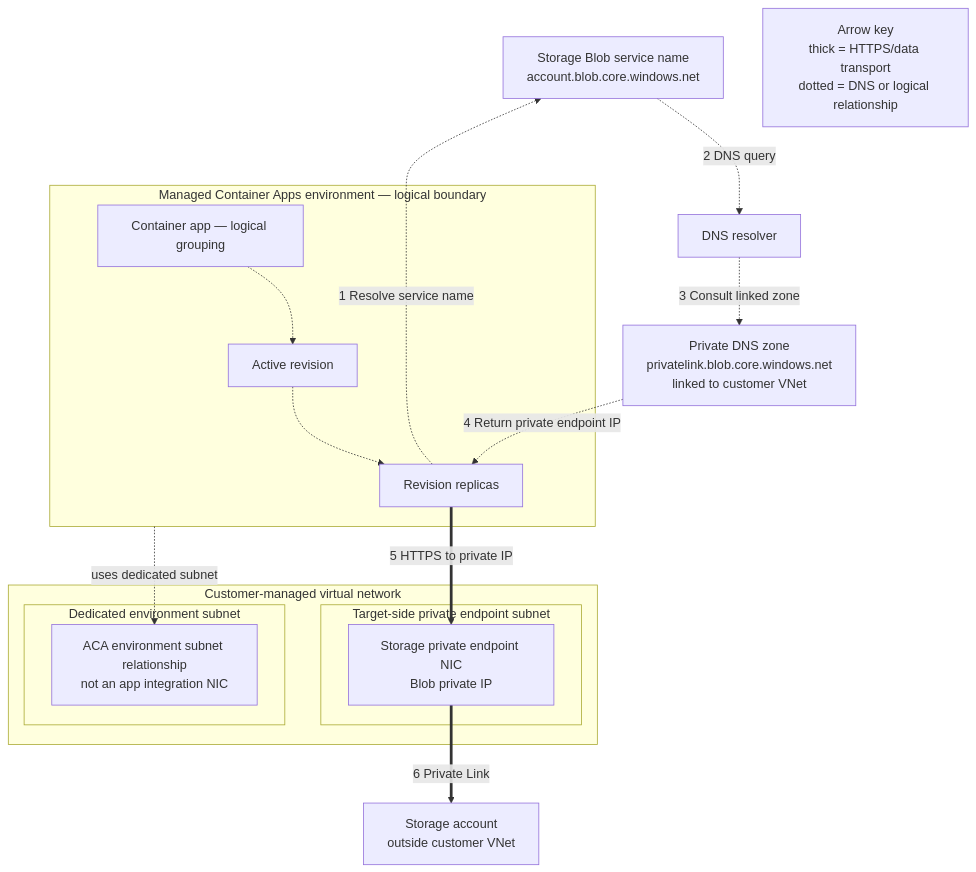
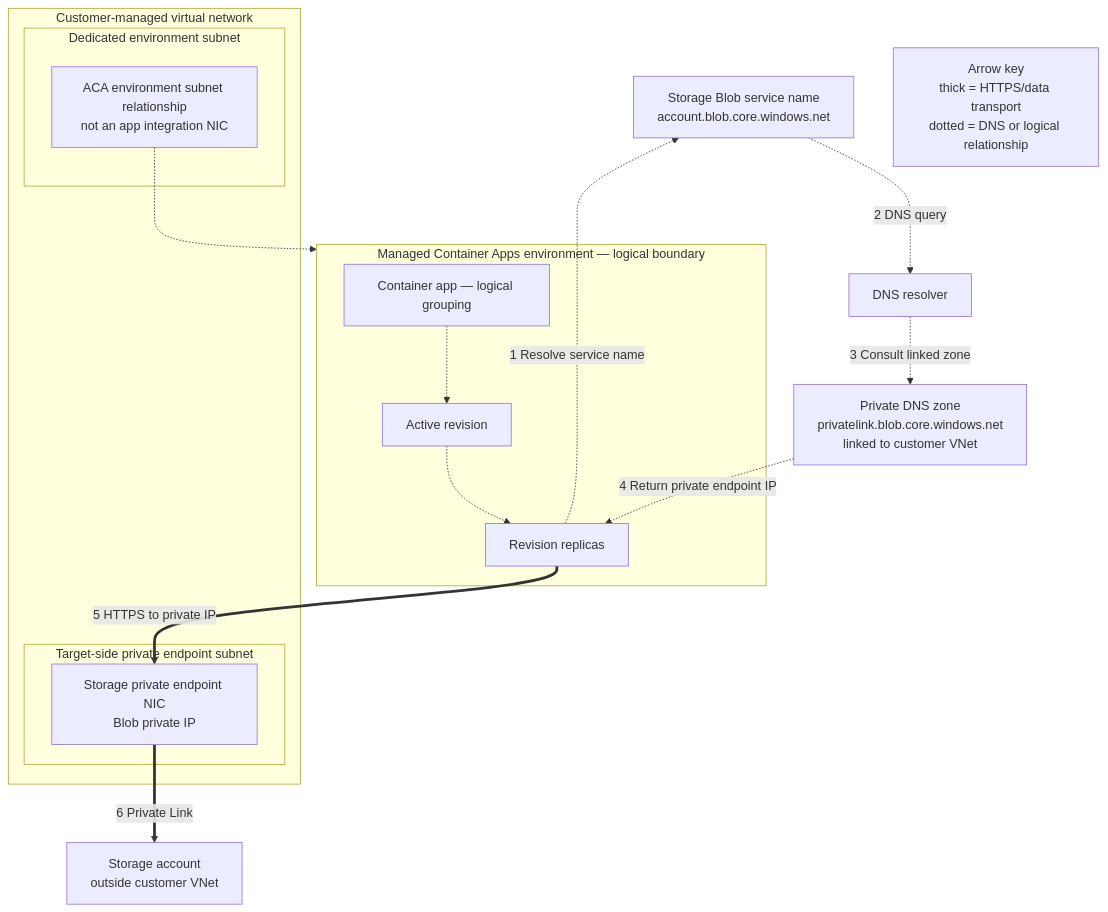
One commit to yeongseon/azure-container-apps-practical-guide changed the second of 3 diagrams in docs/platform/networking/private-endpoints.md. Above: the diagram before and after it, drawn with Mermaid. The commit also changed other lines of this file and 3 other files, not shown here.

Commit message:
docs(networking): address private endpoint diagram review

````diff
--- a/docs/platform/networking/private-endpoints.md
+++ b/docs/platform/networking/private-endpoints.md
@@ -174,38 +167,38 @@
 ```mermaid
 flowchart TD
     accTitle: Container Apps outbound access to a Storage private endpoint
     accDescr: A logical Container Apps replica uses a dedicated environment subnet relationship. A linked Private DNS zone outside the virtual network resolves the Storage Blob name to the private endpoint IP. The replica then opens a separate HTTPS connection to the Storage private endpoint NIC in a target-side subnet, which connects by Private Link to the Storage account outside the virtual network.
 
     BLOB_NAME["Storage Blob service name<br/>account.blob.core.windows.net"]
     DNS["DNS resolver"]
     ZONE["Private DNS zone<br/>privatelink.blob.core.windows.net<br/>linked to customer VNet"]
 
     subgraph ENV["Managed Container Apps environment — logical boundary"]
         APP["Container app — logical grouping"]
         REV_ACTIVE["Active revision"]
         REPLICAS["Revision replicas"]
         APP -.-> REV_ACTIVE
         REV_ACTIVE -.-> REPLICAS
     end
 
     subgraph VNET["Customer-managed virtual network"]
         subgraph ENV_SUBNET["Dedicated environment subnet"]
             ADAPTER["ACA environment subnet relationship<br/>not an app integration NIC"]
         end
         subgraph PE_SUBNET["Target-side private endpoint subnet"]
             STORAGE_PE["Storage private endpoint NIC<br/>Blob private IP"]
         end
     end
 
     STORAGE["Storage account<br/>outside customer VNet"]
 
-    ENV -.->|"uses dedicated subnet"| ADAPTER
+    ADAPTER -.-> ENV
     REPLICAS -.->|"1  Resolve service name"| BLOB_NAME
     BLOB_NAME -.->|"2  DNS query"| DNS
     DNS -.->|"3  Consult linked zone"| ZONE
     ZONE -.->|"4  Return private endpoint IP"| REPLICAS
     REPLICAS ==>|"5  HTTPS to private IP"| STORAGE_PE
     STORAGE_PE ==>|"6  Private Link"| STORAGE
 
     LEGEND["Arrow key<br/>thick = HTTPS/data transport<br/>dotted = DNS or logical relationship"]
 ```
````
